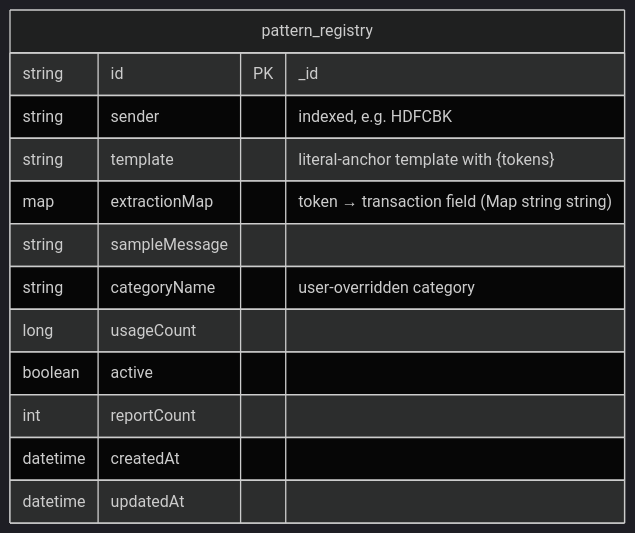
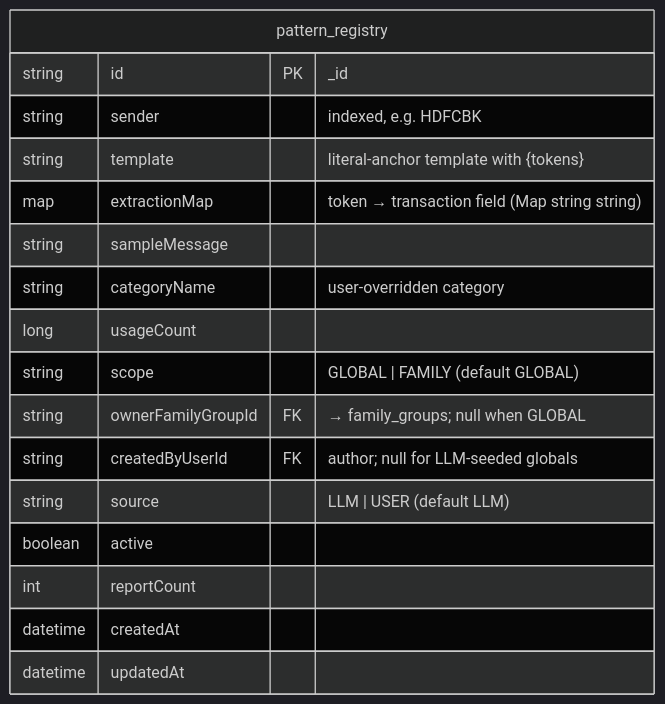
Before and after one commit to jayy2kok/budgetly: the eighth of 10 diagrams in ERD.md, drawn with Mermaid (dark theme). The commit also changed other lines of this file and 3 other files, not shown here.

First line of the commit message:
docs: sync registry scope, precedence, and builder flow

````diff
--- a/ERD.md
+++ b/ERD.md
@@ -165,16 +165,20 @@
 ```mermaid
 erDiagram
     pattern_registry {
         string id PK "_id"
         string sender "indexed, e.g. HDFCBK"
         string template "literal-anchor template with {tokens}"
         map extractionMap "token → transaction field (Map string string)"
         string sampleMessage
         string categoryName "user-overridden category"
         long usageCount
+        string scope "GLOBAL | FAMILY (default GLOBAL)"
+        string ownerFamilyGroupId FK "→ family_groups; null when GLOBAL"
+        string createdByUserId FK "author; null for LLM-seeded globals"
+        string source "LLM | USER (default LLM)"
         boolean active
         int reportCount
         datetime createdAt
         datetime updatedAt
     }
 ```
````
